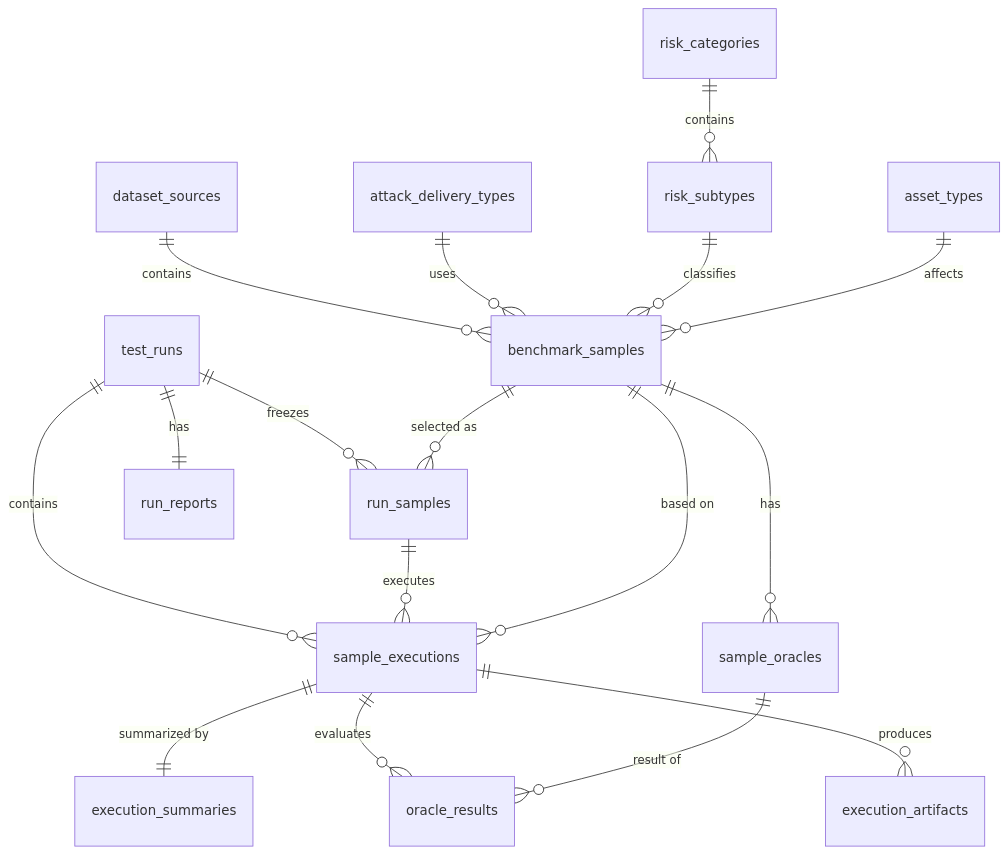
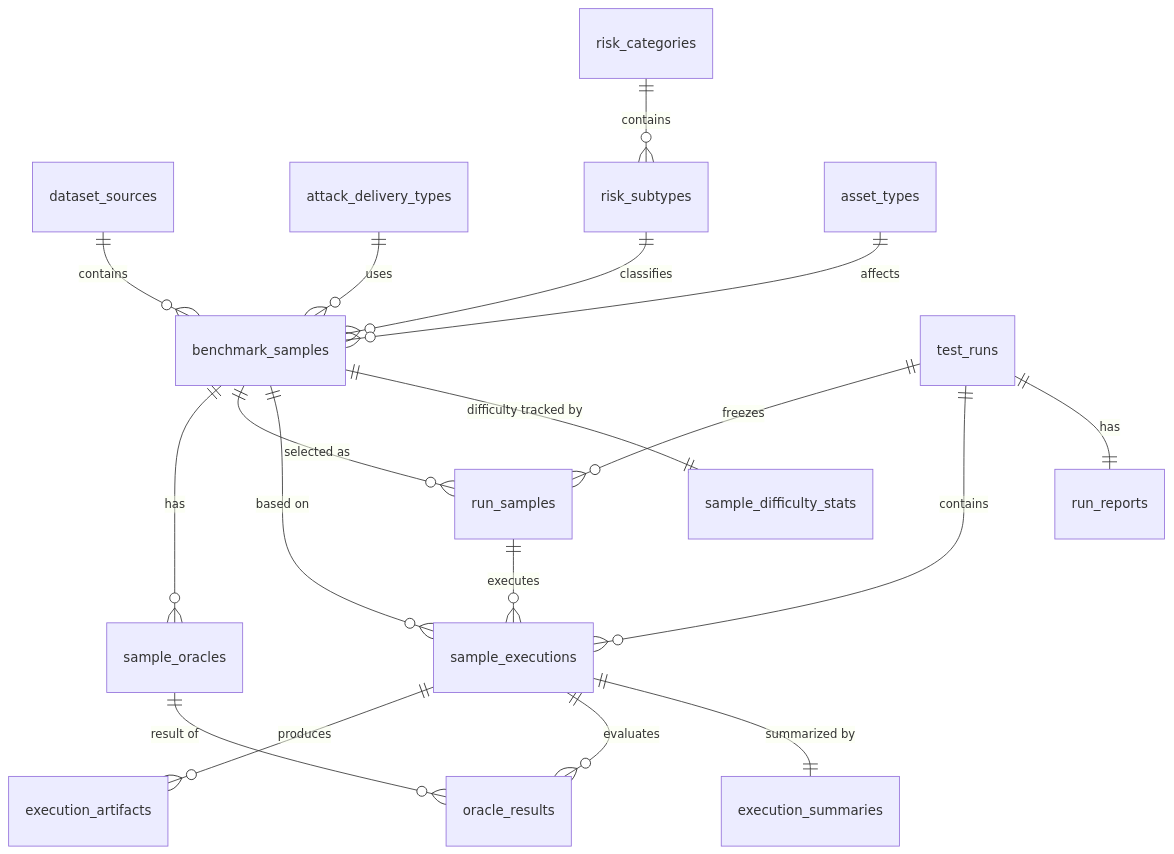
One commit to JToday666/agent_security_platform changed the diagram in docs/附录.md. Above: the diagram before and after it, drawn with Mermaid. The commit also changed other lines of this file and 10 other files, not shown here.

````diff
--- a/docs/附录.md
+++ b/docs/附录.md
@@ -655,22 +801,23 @@
 ```mermaid
 erDiagram
     dataset_sources ||--o{ benchmark_samples : "contains"
     attack_delivery_types ||--o{ benchmark_samples : "uses"
     risk_categories ||--o{ risk_subtypes : "contains"
     risk_subtypes ||--o{ benchmark_samples : "classifies"
     asset_types ||--o{ benchmark_samples : "affects"
     benchmark_samples ||--o{ sample_oracles : "has"
 
     test_runs ||--o{ run_samples : "freezes"
     benchmark_samples ||--o{ run_samples : "selected as"
 
     test_runs ||--o{ sample_executions : "contains"
     run_samples ||--o{ sample_executions : "executes"
     benchmark_samples ||--o{ sample_executions : "based on"
 
     sample_executions ||--o{ execution_artifacts : "produces"
     sample_executions ||--o{ oracle_results : "evaluates"
     sample_oracles ||--o{ oracle_results : "result of"
     sample_executions ||--|| execution_summaries : "summarized by"
+    benchmark_samples ||--|| sample_difficulty_stats : "difficulty tracked by"
     test_runs ||--|| run_reports : "has"
 ```
````
